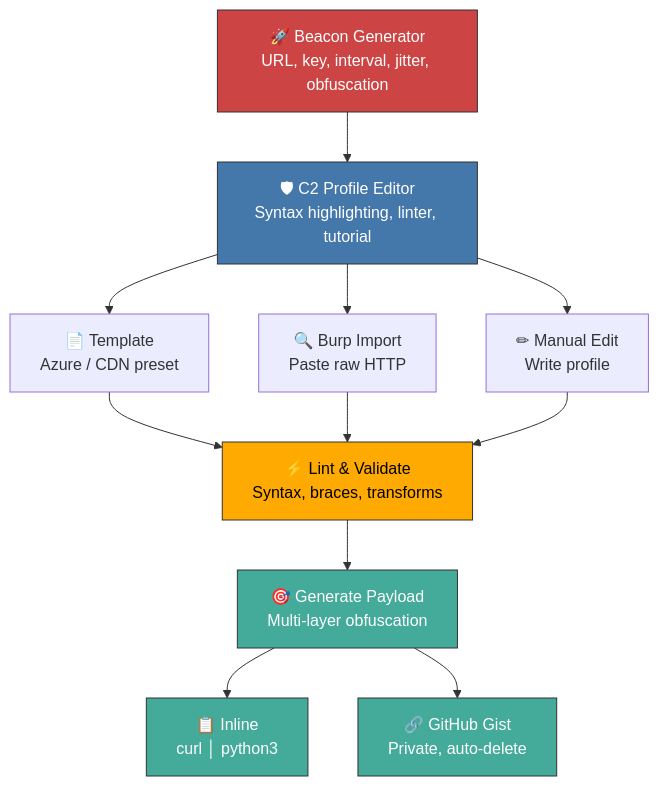
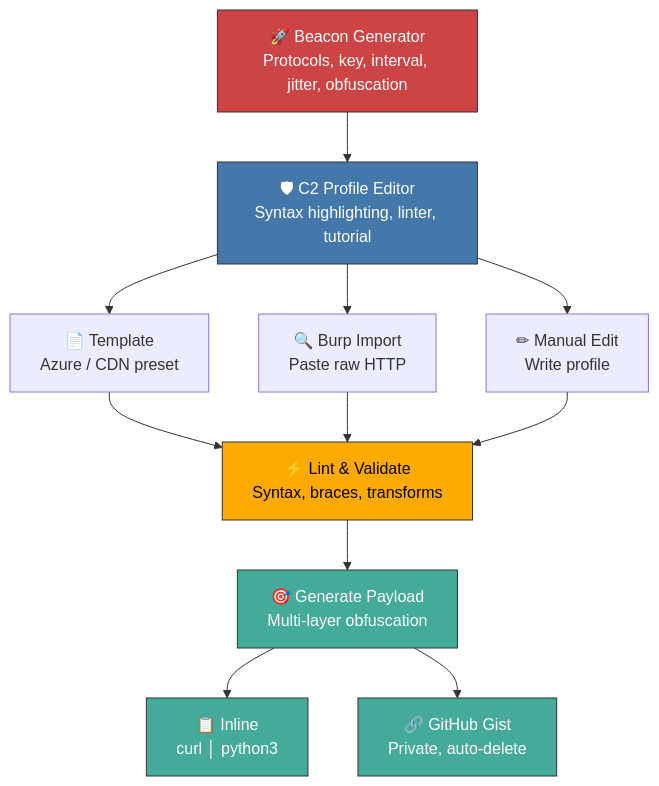
One commit to BenjiTrapp/TrashPandaPaws changed the fifth of 7 diagrams in docs/C2_DEMO.md. Above: the diagram before and after it, drawn with Mermaid. The commit also changed other lines of this file and 8 other files, not shown here.

````diff
--- a/docs/C2_DEMO.md
+++ b/docs/C2_DEMO.md
@@ -106,25 +248,25 @@
 ```mermaid
 graph TD
-    BG["🚀 Beacon Generator<br/>URL, key, interval, jitter, obfuscation"]
+    BG["🚀 Beacon Generator<br/>Protocols, key, interval, jitter, obfuscation"]
     PE["🛡 C2 Profile Editor<br/>Syntax highlighting, linter, tutorial"]
     TPL["📄 Template<br/>Azure / CDN preset"]
     BURP["🔍 Burp Import<br/>Paste raw HTTP"]
     MAN["✏ Manual Edit<br/>Write profile"]
     LINT["⚡ Lint & Validate<br/>Syntax, braces, transforms"]
     GEN["🎯 Generate Payload<br/>Multi-layer obfuscation"]
     INL["📋 Inline<br/>curl │ python3"]
     GIST["🔗 GitHub Gist<br/>Private, auto-delete"]
 
     BG --> PE
     PE --> TPL & BURP & MAN
     TPL & BURP & MAN --> LINT
     LINT --> GEN
     GEN --> INL & GIST
 
     style BG fill:#c44,stroke:#333,color:#fff
     style PE fill:#47a,stroke:#333,color:#fff
     style LINT fill:#fa0,stroke:#333,color:#000
     style GEN fill:#4a9,stroke:#333,color:#fff
     style INL fill:#4a9,stroke:#333,color:#fff
     style GIST fill:#4a9,stroke:#333,color:#fff
 ```
````
